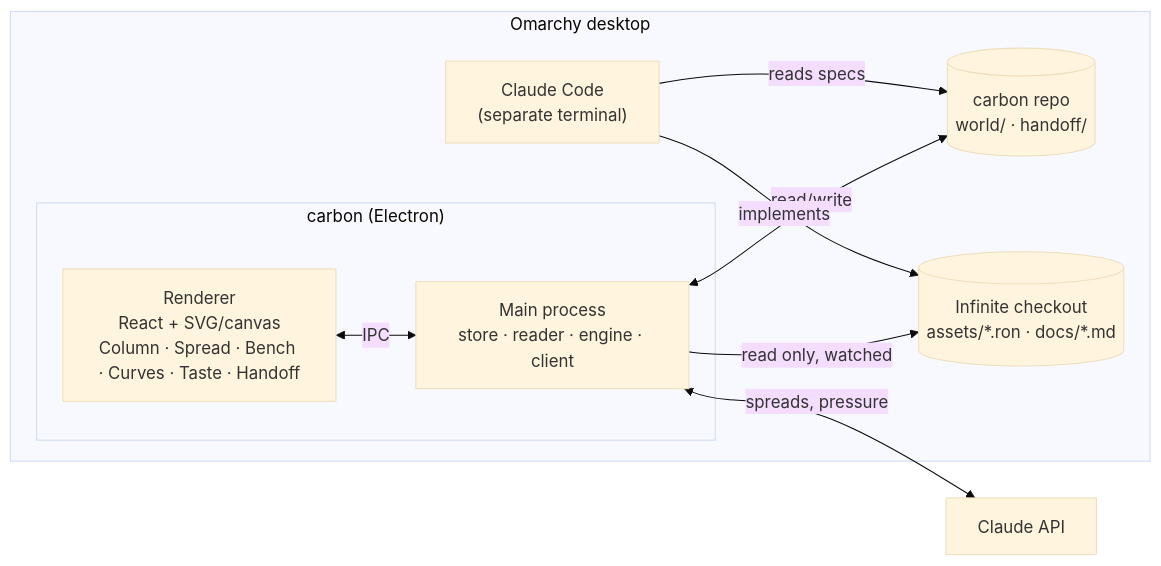
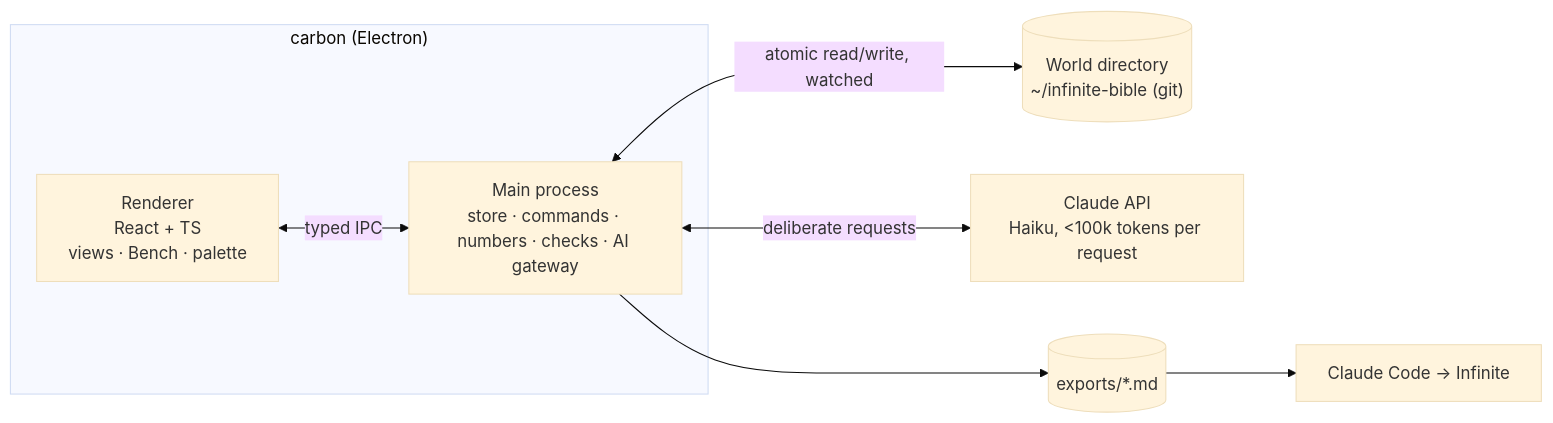
Before and after one commit to Baladoodle/carbon: the diagram in docs/SYSTEM.md, drawn with Mermaid (base theme). The commit also changed other lines of this file and 4 other files, not shown here.

First line of the commit message:
Design v2: from-scratch world bible, deliberate built-in AI, build plan

````diff
--- a/docs/SYSTEM.md
+++ b/docs/SYSTEM.md
@@ -11,20 +10,14 @@
 ```mermaid
 flowchart LR
-    subgraph OS["Omarchy desktop"]
-        subgraph Carbon["carbon (Electron)"]
-            UI["Renderer<br/>React + SVG/canvas<br/>Column · Spread · Bench · Curves · Taste · Handoff"]
-            Main["Main process<br/>store · reader · engine · client"]
-            UI <-->|IPC| Main
-        end
-        Store[("carbon repo<br/>world/ · handoff/")]
-        Inf[("Infinite checkout<br/>assets/*.ron · docs/*.md")]
-        CC["Claude Code<br/>(separate terminal)"]
+    subgraph App["carbon (Electron)"]
+        R["Renderer<br/>React + TS<br/>views · Bench · palette"]
+        M["Main process<br/>store · commands · numbers · checks · AI gateway"]
+        R <-->|typed IPC| M
     end
-    API["Claude API"]
-
-    Main <-->|read/write| Store
-    Main -->|read only, watched| Inf
-    Main <-->|spreads, pressure| API
-    CC -->|reads specs| Store
-    CC -->|implements| Inf
+    W[("World directory<br/>~/infinite-bible (git)")]
+    API["Claude API<br/>Haiku, &lt;100k tokens per request"]
+    X[("exports/*.md")] --> CC["Claude Code → Infinite"]
+    M <-->|atomic read/write, watched| W
+    M <-->|deliberate requests| API
+    M --> X
 ```
````
